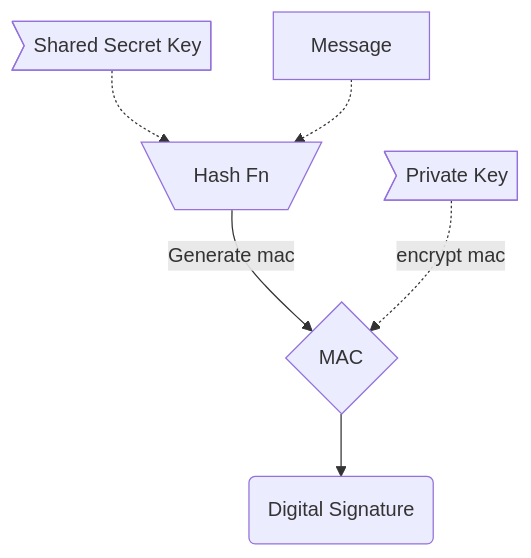
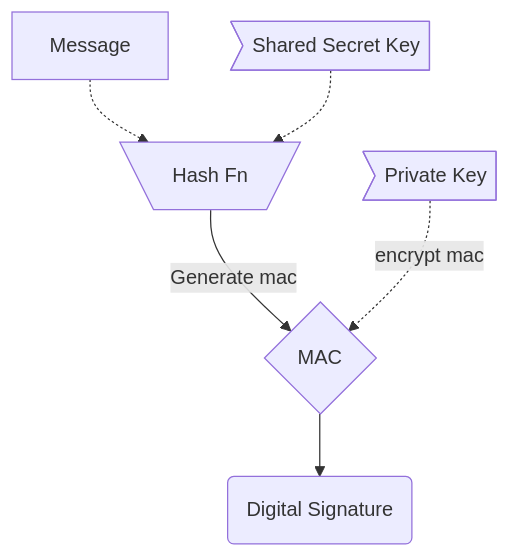
The sixth of 8 diagrams in _posts/2019/2019-12-27-Security-Basics.md (anandjoshi91/anandjoshi91.github.io), drawn with Mermaid before and after one commit. The commit also changed other lines of this file, not shown here.

Commit message:
fix flow chart layout

```diff
--- a/_posts/2019/2019-12-27-Security-Basics.md
+++ b/_posts/2019/2019-12-27-Security-Basics.md
@@ -137,13 +137,13 @@
 <div class="mermaid">
 graph TD
     h[\Hash Fn/]
     m[Message]
     mac{MAC}
     pri_key>Private Key]
     ds(Digital Signature)
     sk>Shared Secret Key]
 
+    m -.->  h --> |Generate mac|mac
     sk -.-> h
-    m -.->  h --> |Generate mac|mac
     pri_key -.-> |encrypt mac|mac --> ds
 </div>
```
